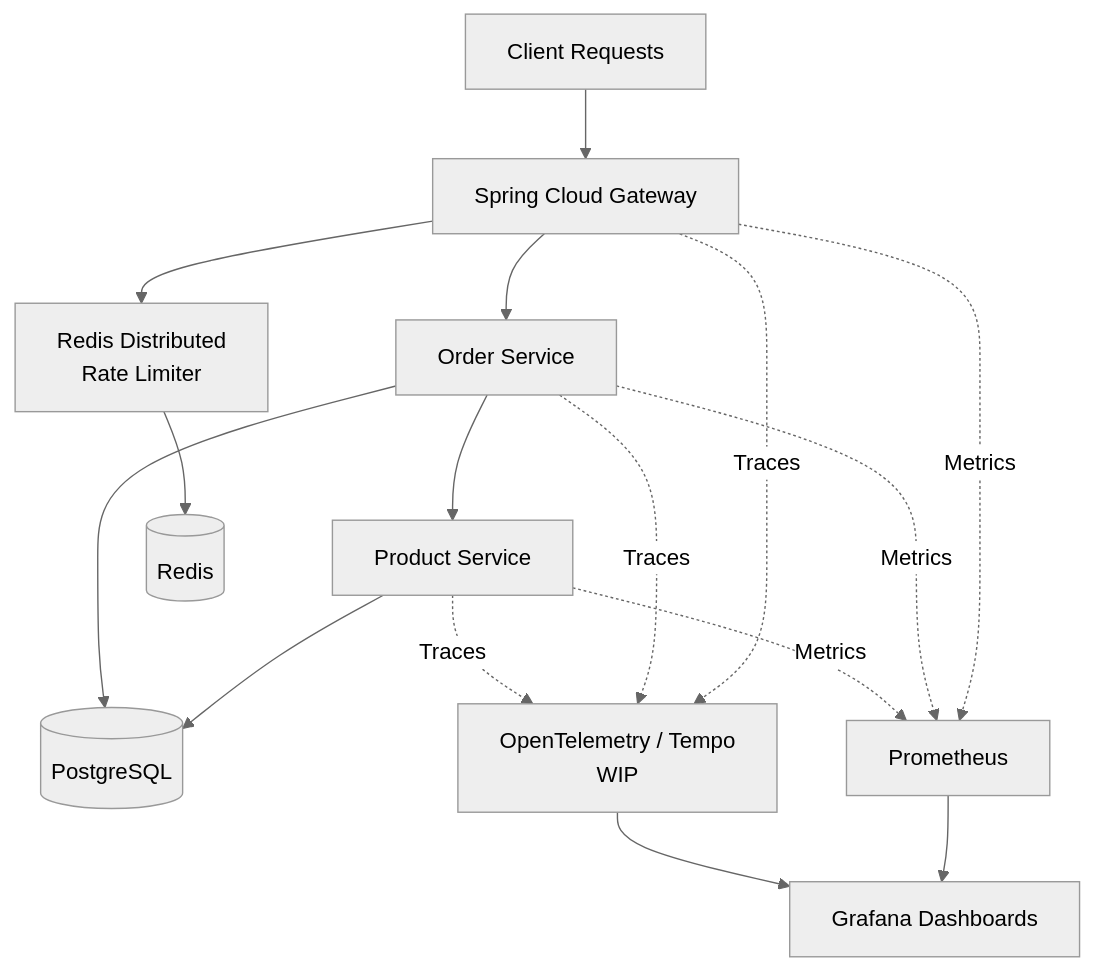
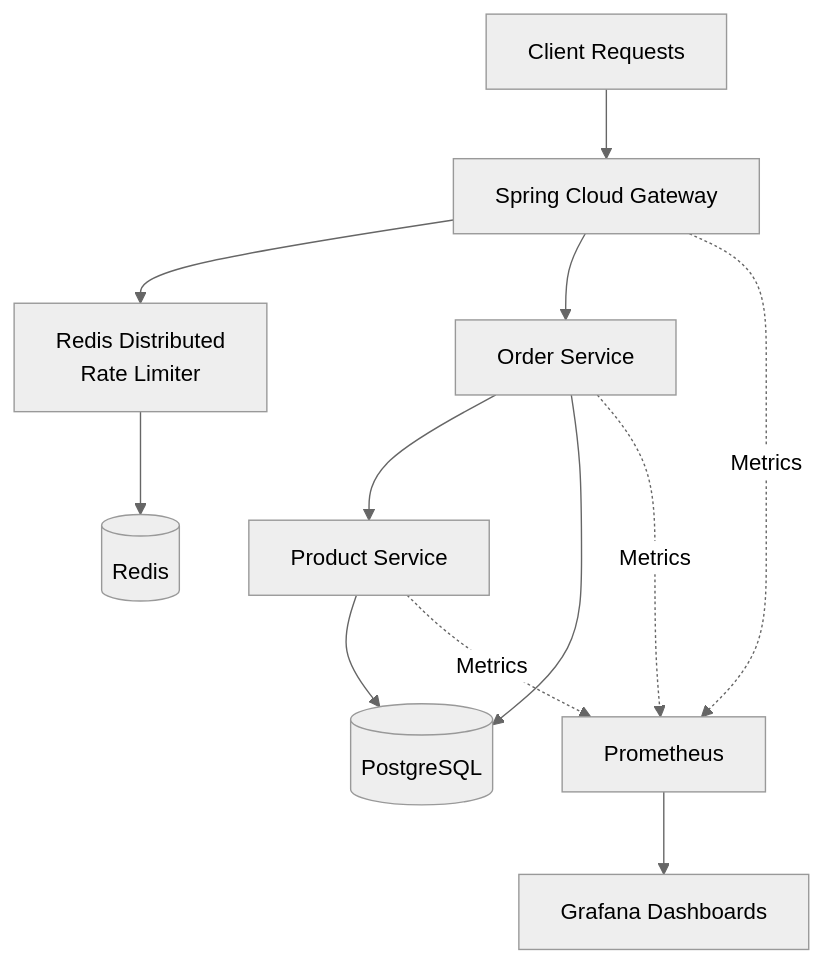
Before and after one commit to siddhesh-bahurupi/distributed-backend-system: the diagram in README.md, drawn with Mermaid (neutral theme). The commit also changed other lines of this file, not shown here.

````diff
--- a/README.md
+++ b/README.md
@@ -17,28 +16,22 @@
 ```mermaid
 graph TD
     Client[Client Requests]
 
     Client --> Gateway[Spring Cloud Gateway]
 
     Gateway --> RL[Redis Distributed<br/>Rate Limiter]
 
     Gateway --> OrderService[Order Service]
     OrderService --> ProductService[Product Service]
 
     ProductService --> Postgres[(PostgreSQL)]
     OrderService --> Postgres
 
     RL --> Redis[(Redis)]
 
     Gateway -. Metrics .-> Prometheus[Prometheus]
     OrderService -. Metrics .-> Prometheus
     ProductService -. Metrics .-> Prometheus
 
     Prometheus --> Grafana[Grafana Dashboards]
-
-    Gateway -. Traces .-> Tempo[OpenTelemetry / Tempo<br/>WIP]
-    OrderService -. Traces .-> Tempo
-    ProductService -. Traces .-> Tempo
-
-    Tempo --> Grafana
 ```
````
